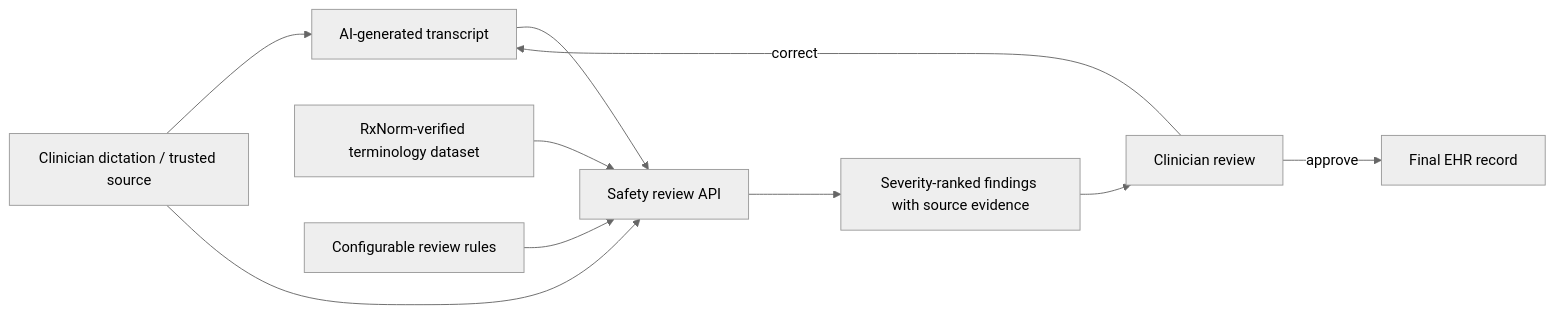
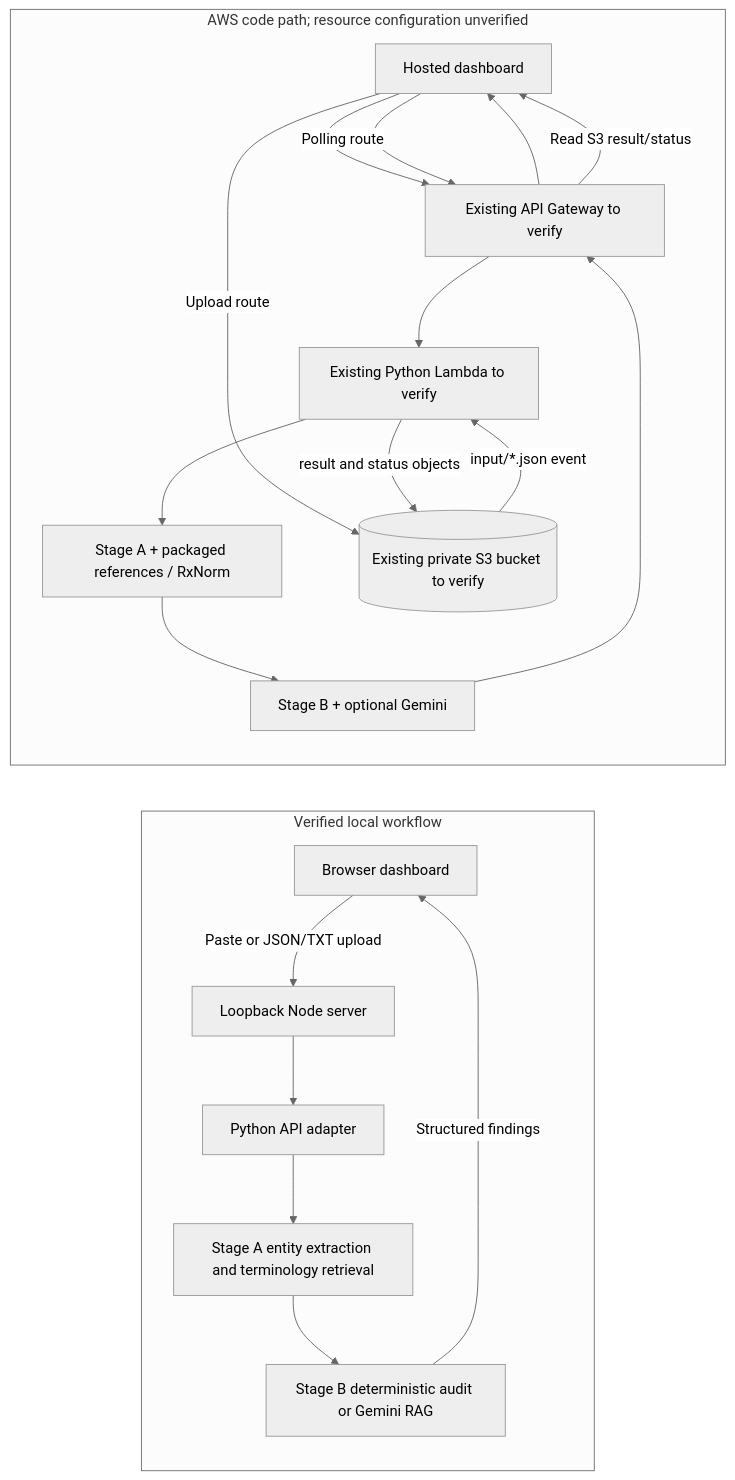
Before and after one commit to girinathtkwork-cyber/EHRComplianceMonitor_Cloud_Project_2026: the diagram in architecture/system-design.md, drawn with Mermaid (neutral theme). The commit also changed other lines of this file and 22 other files, not shown here.

First line of the commit message:
Connect dashboard workflows to verification API

````diff
--- a/architecture/system-design.md
+++ b/architecture/system-design.md
@@ -3,12 +5,24 @@
 ```mermaid
 flowchart LR
-  A[Clinician dictation / trusted source] --> B[AI-generated transcript]
-  A --> C[Safety review API]
-  B --> C
-  D[RxNorm-verified terminology dataset] --> C
-  E[Configurable review rules] --> C
-  C --> F[Severity-ranked findings with source evidence]
-  F --> G[Clinician review]
-  G -->|approve| H[Final EHR record]
-  G -->|correct| B
+  subgraph local["Verified local workflow"]
+    B1[Browser dashboard] -->|Paste or JSON/TXT upload| N[Loopback Node server]
+    N --> P[Python API adapter]
+    P --> A[Stage A entity extraction and terminology retrieval]
+    A --> R[Stage B deterministic audit or Gemini RAG]
+    R -->|Structured findings| B1
+  end
+
+  subgraph cloud["AWS code path; resource configuration unverified"]
+    B2[Hosted dashboard] --> G[Existing API Gateway to verify]
+    G --> L[Existing Python Lambda to verify]
+    L --> A2[Stage A + packaged references / RxNorm]
+    A2 --> R2[Stage B + optional Gemini]
+    R2 --> G
+    G --> B2
+    B2 -->|Upload route| S3[(Existing private S3 bucket to verify)]
+    S3 -->|input/*.json event| L
+    L -->|result and status objects| S3
+    B2 -->|Polling route| G
+    G -->|Read S3 result/status| B2
+  end
 ```
````
